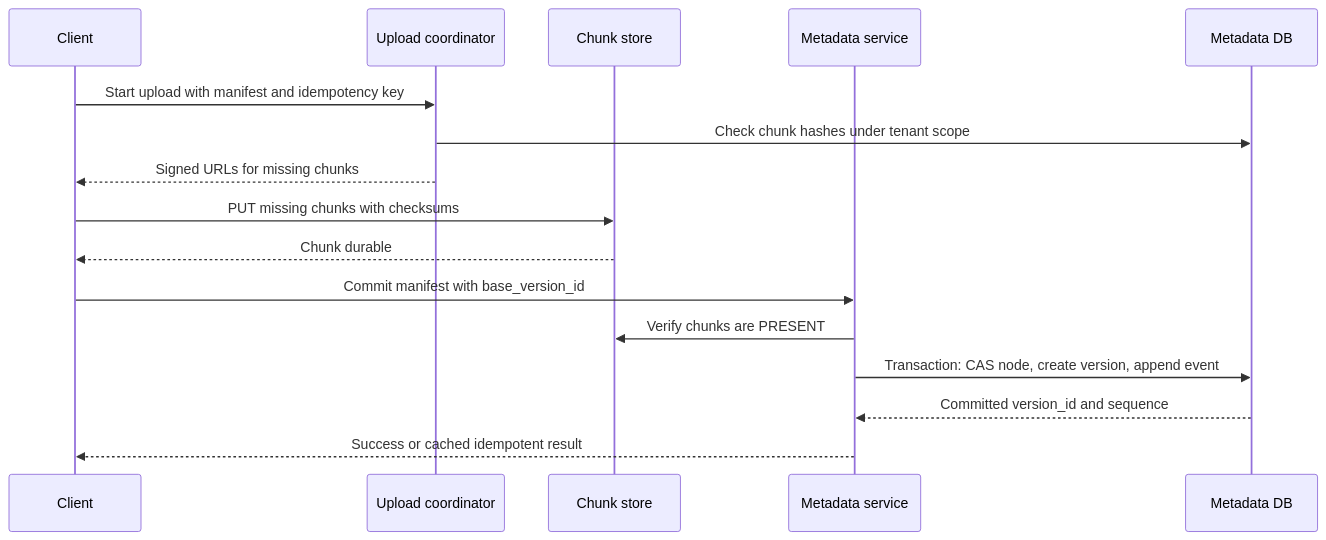
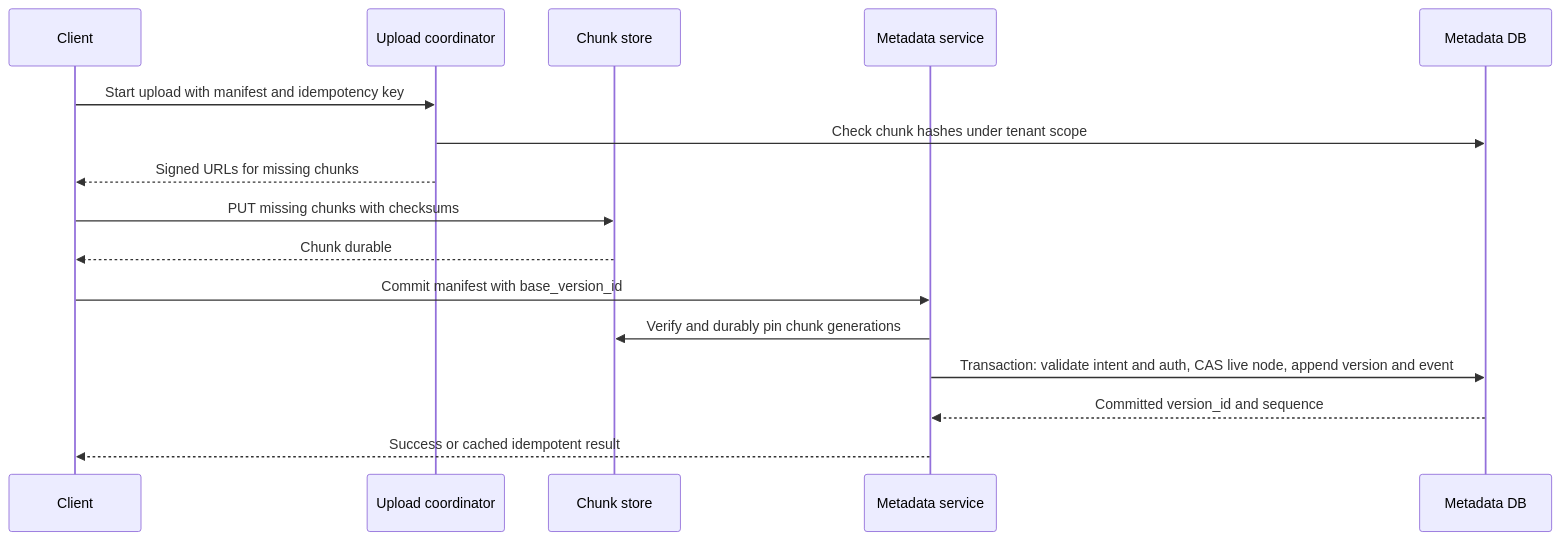
One commit to Pranshu258/system-design changed the third of 5 diagrams in dropbox-system-design.md. Above: the diagram before and after it, drawn with Mermaid. The commit also changed other lines of this file and 23 other files, not shown here.

````diff
--- a/dropbox-system-design.md
+++ b/dropbox-system-design.md
@@ -226,18 +233,18 @@
 ```mermaid
 sequenceDiagram
     participant C as Client
     participant U as Upload coordinator
     participant S as Chunk store
     participant M as Metadata service
     participant D as Metadata DB
     C->>U: Start upload with manifest and idempotency key
     U->>D: Check chunk hashes under tenant scope
     U-->>C: Signed URLs for missing chunks
     C->>S: PUT missing chunks with checksums
     S-->>C: Chunk durable
     C->>M: Commit manifest with base_version_id
-    M->>S: Verify chunks are PRESENT
-    M->>D: Transaction: CAS node, create version, append event
+    M->>S: Verify and durably pin chunk generations
+    M->>D: Transaction: validate intent and auth, CAS live node, append version and event
     D-->>M: Committed version_id and sequence
     M-->>C: Success or cached idempotent result
 ```
````
